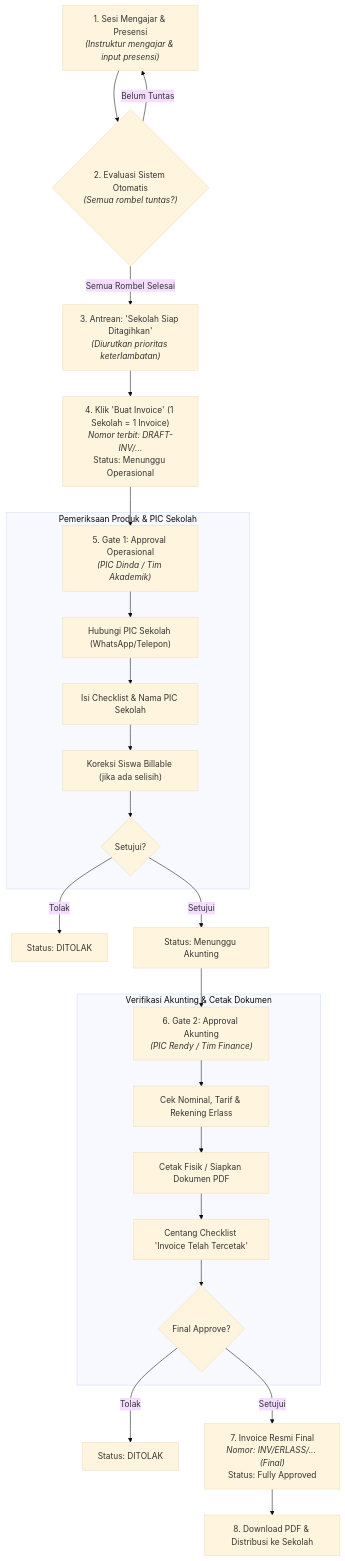
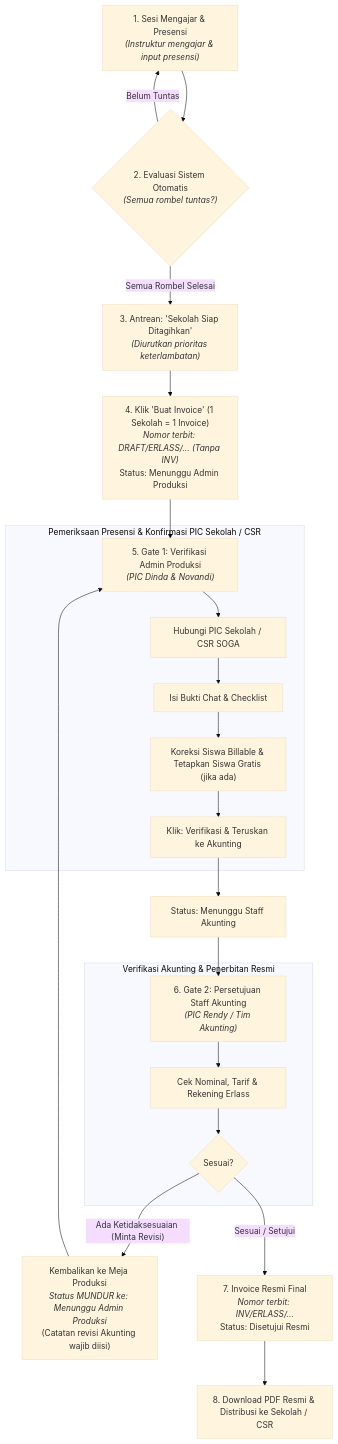
Before and after one commit to ErlassErlass/erlass.institute: the diagram in docs/user/PANDUAN_INVOICE_DAN_PENAGIHAN.md, drawn with Mermaid (base theme). The commit also changed other lines of this file and 35 other files, not shown here.

First line of the commit message:
feat(invoice): draft numbering without INV, Gate 1 confirmation-only, Gate 2 revision rollback & Tab 13 spreadsheet

````diff
--- a/docs/user/PANDUAN_INVOICE_DAN_PENAGIHAN.md
+++ b/docs/user/PANDUAN_INVOICE_DAN_PENAGIHAN.md
@@ -30,35 +33,34 @@
 ```mermaid
 flowchart TD
     A["1. Sesi Mengajar & Presensi<br/><i>(Instruktur mengajar & input presensi)</i>"] --> B{"2. Evaluasi Sistem Otomatis<br/><i>(Semua rombel tuntas?)</i>"}
     
     B -- "Belum Tuntas" --> A
     B -- "Semua Rombel Selesai" --> C["3. Antrean: 'Sekolah Siap Ditagihkan'<br/><i>(Diurutkan prioritas keterlambatan)</i>"]
     
-    C --> D["4. Klik 'Buat Invoice' (1 Sekolah = 1 Invoice)<br/><i>Nomor terbit: DRAFT-INV/...</i><br/>Status: Menunggu Operasional"]
+    C --> D["4. Klik 'Buat Invoice' (1 Sekolah = 1 Invoice)<br/><i>Nomor terbit: DRAFT/ERLASS/... (Tanpa INV)</i><br/>Status: Menunggu Admin Produksi"]
     
-    D --> E["5. Gate 1: Approval Operasional<br/><i>(PIC Dinda / Tim Akademik)</i>"]
+    D --> E["5. Gate 1: Verifikasi Admin Produksi<br/><i>(PIC Dinda & Novandi)</i>"]
     
-    subgraph Gate1 ["Pemeriksaan Produk & PIC Sekolah"]
-        E --> E1["Hubungi PIC Sekolah (WhatsApp/Telepon)"]
-        E1 --> E2["Isi Checklist & Nama PIC Sekolah"]
-        E2 --> E3["Koreksi Siswa Billable (jika ada selisih)"]
-        E3 --> E4{"Setujui?"}
+    subgraph Gate1 ["Pemeriksaan Presensi & Konfirmasi PIC Sekolah / CSR"]
+        E --> E1["Hubungi PIC Sekolah / CSR SOGA"]
+        E1 --> E2["Isi Bukti Chat & Checklist"]
+        E2 --> E3["Koreksi Siswa Billable & Tetapkan Siswa Gratis (jika ada)"]
+        E3 --> E4["Klik: Verifikasi & Teruskan ke Akunting"]
     end
     
-    E4 -- "Tolak" --> R1["Status: DITOLAK"]
-    E4 -- "Setujui" --> F["Status: Menunggu Akunting"]
+    E4 --> F["Status: Menunggu Staff Akunting"]
     
-    F --> G["6. Gate 2: Approval Akunting<br/><i>(PIC Rendy / Tim Finance)</i>"]
+    F --> G["6. Gate 2: Persetujuan Staff Akunting<br/><i>(PIC Rendy / Tim Akunting)</i>"]
     
-    subgraph Gate2 ["Verifikasi Akunting & Cetak Dokumen"]
+    subgraph Gate2 ["Verifikasi Akunting & Penerbitan Resmi"]
         G --> G1["Cek Nominal, Tarif & Rekening Erlass"]
-        G1 --> G2["Cetak Fisik / Siapkan Dokumen PDF"]
-        G2 --> G3["Centang Checklist 'Invoice Telah Tercetak'"]
-        G3 --> G4{"Final Approve?"}
+        G1 --> G2{"Sesuai?"}
     end
     
-    G4 -- "Tolak" --> R2["Status: DITOLAK"]
-    G4 -- "Setujui" --> H["7. Invoice Resmi Final<br/><i>Nomor: INV/ERLASS/... (Final)</i><br/>Status: Fully Approved"]
+    G2 -- "Ada Ketidaksesuaian (Minta Revisi)" --> R1["Kembalikan ke Meja Produksi<br/><i>Status MUNDUR ke: Menunggu Admin Produksi</i><br/>(Catatan revisi Akunting wajib diisi)"]
+    R1 --> E
     
-    H --> I["8. Download PDF & Distribusi ke Sekolah"]
+    G2 -- "Sesuai / Setujui" --> H["7. Invoice Resmi Final<br/><i>Nomor terbit: INV/ERLASS/...</i><br/>Status: Disetujui Resmi"]
+    
+    H --> I["8. Download PDF Resmi & Distribusi ke Sekolah / CSR"]
 ```
````
